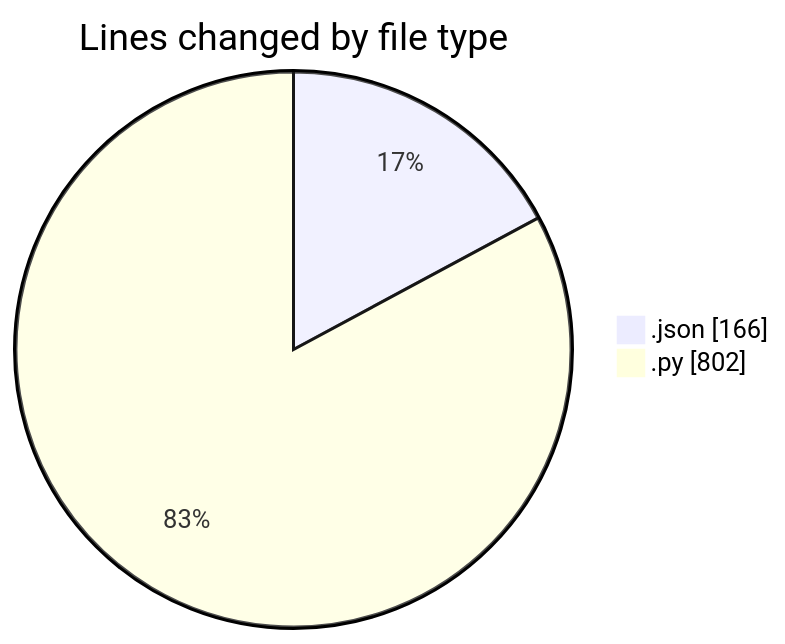
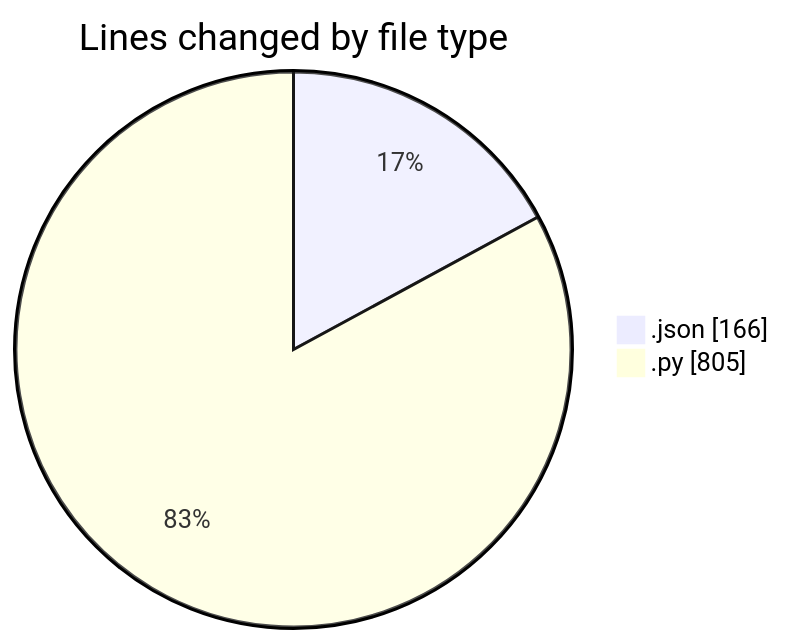
One commit to MatusMokan/code-tracking changed the first of 2 diagrams in 2025-11-14/untitled__workspace_/README.md. Above: the diagram before and after it, drawn with Mermaid. The commit also changed other lines of this file and 1 other file, not shown here.

````diff
--- a/2025-11-14/untitled__workspace_/README.md
+++ b/2025-11-14/untitled__workspace_/README.md
@@ -23,6 +23,6 @@
 ```mermaid
 pie showData
 title Lines changed by file type
 ".json" : 166
-".py" : 802
+".py" : 805
 ```
````
